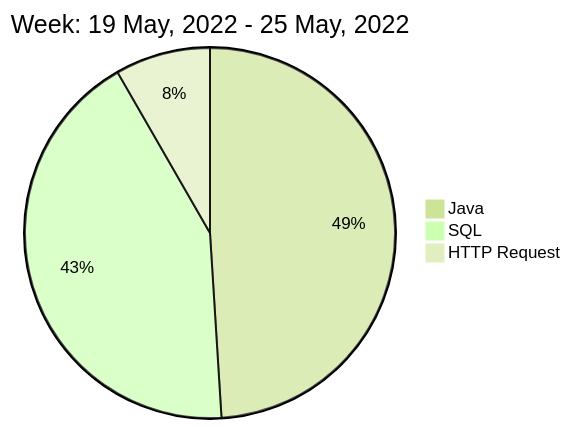
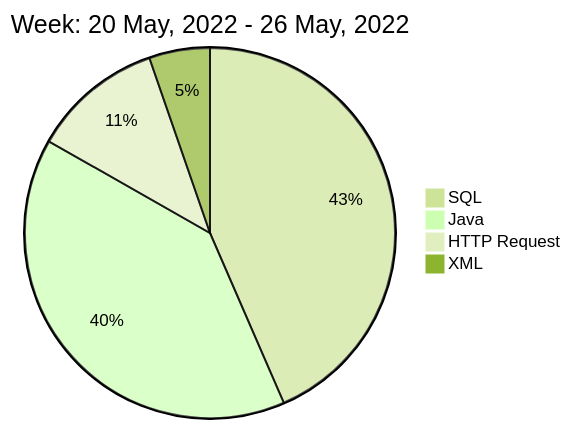
The diagram in README.md (liubin95/liubin95), drawn with Mermaid (forest theme) before and after one commit.

Commit message:
Updated the Graph with new Metrics

````diff
--- a/README.md
+++ b/README.md
@@ -40,7 +40,8 @@
 ```mermaid
  pie
-title Week: 19 May, 2022 - 25 May, 2022
- "Java" : 7.67
- "SQL" : 6.68
- "HTTP Request" : 1.3
+title Week: 20 May, 2022 - 26 May, 2022
+ "SQL" : 7.13
+ "Java" : 6.52
+ "HTTP Request" : 1.88
+ "XML" : 0.87
 ```
````
